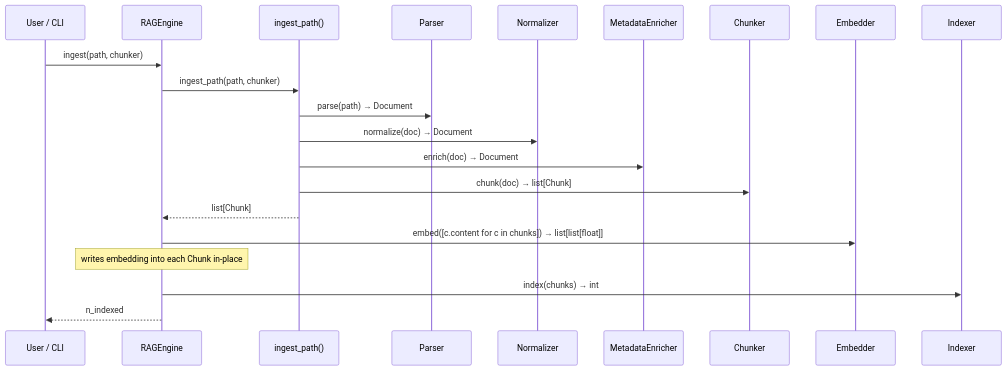
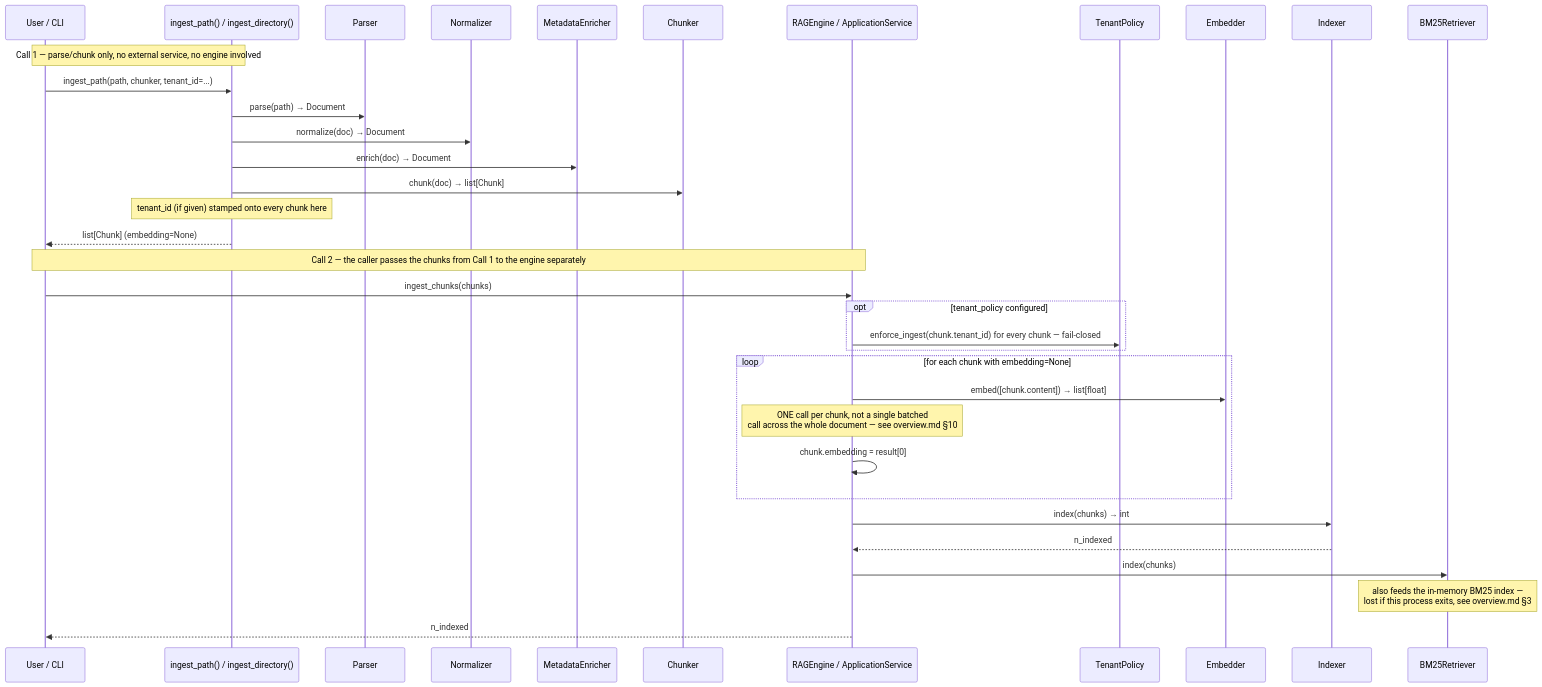
One commit to HerbertGourout/modular-rag-framework changed the second of 4 diagrams in docs/architecture/runtime-flow.md. Above: the diagram before and after it, drawn with Mermaid. The commit also changed other lines of this file and 42 other files, not shown here.

````diff
--- a/docs/architecture/runtime-flow.md
+++ b/docs/architecture/runtime-flow.md
@@ -47,24 +111,39 @@
 ```mermaid
 sequenceDiagram
     participant U as User / CLI
-    participant E as RAGEngine
-    participant IP as ingest_path()
+    participant IP as ingest_path() / ingest_directory()
     participant P as Parser
     participant N as Normalizer
     participant En as MetadataEnricher
     participant C as Chunker
+    participant E as RAGEngine / ApplicationService
+    participant TP as TenantPolicy
     participant Emb as Embedder
     participant Idx as Indexer
+    participant BM as BM25Retriever
 
-    U->>E: ingest(path, chunker)
-    E->>IP: ingest_path(path, chunker)
+    Note over U,IP: Call 1 — parse/chunk only, no external service, no engine involved
+    U->>IP: ingest_path(path, chunker, tenant_id=...)
     IP->>P: parse(path) → Document
     IP->>N: normalize(doc) → Document
     IP->>En: enrich(doc) → Document
     IP->>C: chunk(doc) → list[Chunk]
-    IP-->>E: list[Chunk]
-    E->>Emb: embed([c.content for c in chunks]) → list[list[float]]
-    Note over E: writes embedding into each Chunk in-place
+    Note over IP: tenant_id (if given) stamped onto every chunk here
+    IP-->>U: list[Chunk] (embedding=None)
+
+    Note over U,E: Call 2 — the caller passes the chunks from Call 1 to the engine separately
+    U->>E: ingest_chunks(chunks)
+    opt tenant_policy configured
+        E->>TP: enforce_ingest(chunk.tenant_id) for every chunk — fail-closed
+    end
+    loop for each chunk with embedding=None
+        E->>Emb: embed([chunk.content]) → list[float]
+        Note over E: ONE call per chunk, not a single batched<br/>call across the whole document — see overview.md §10
+        E->>E: chunk.embedding = result[0]
+    end
     E->>Idx: index(chunks) → int
+    Idx-->>E: n_indexed
+    E->>BM: index(chunks)
+    Note over BM: also feeds the in-memory BM25 index —<br/>lost if this process exits, see overview.md §3
     E-->>U: n_indexed
 ```
````
